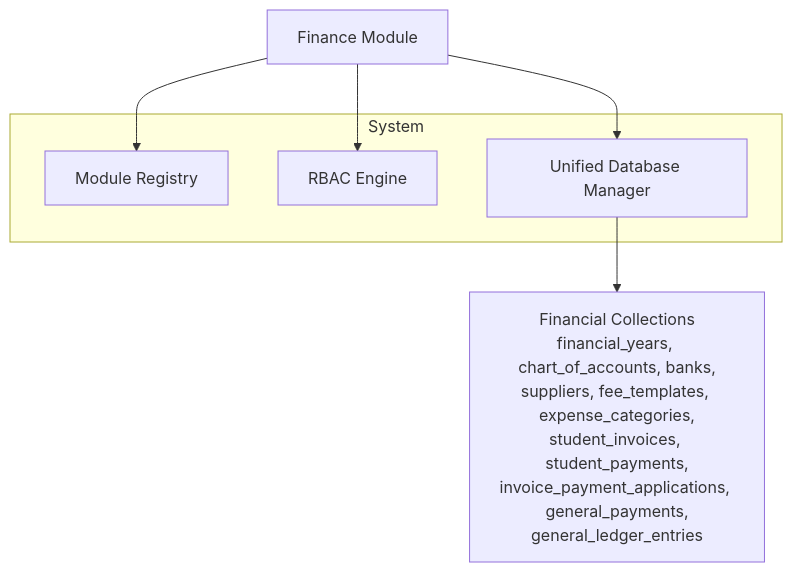
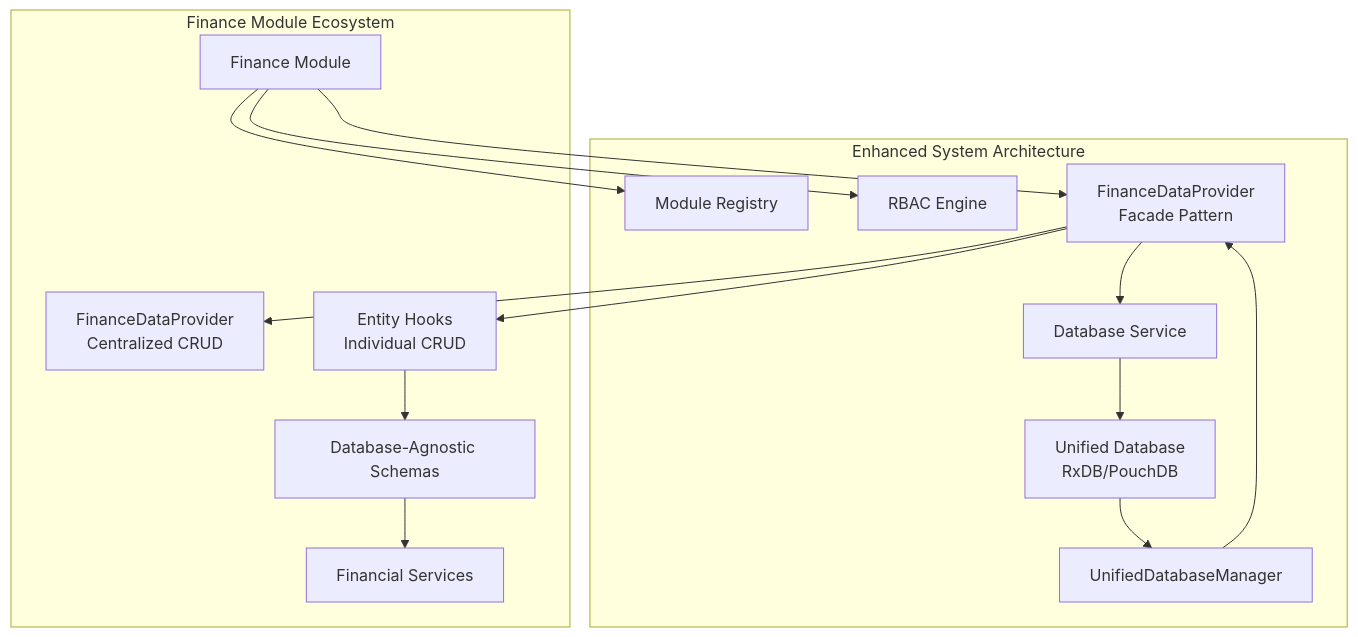
One commit to geniusdynamics/schoolpilot changed the second of 7 diagrams in .qoder/repowiki/en/content/Modules System/Finance Module.md. Above: the diagram before and after it, drawn with Mermaid. The commit also changed other lines of this file and 16 other files, not shown here.

````diff
--- a/.qoder/repowiki/en/content/Modules System/Finance Module.md
+++ b/.qoder/repowiki/en/content/Modules System/Finance Module.md
@@ -83,12 +116,29 @@
 ```mermaid
 graph TB
-subgraph "System"
+subgraph "Enhanced System Architecture"
 M["Module Registry"]
 R["RBAC Engine"]
-D["Unified Database Manager"]
+FDP["FinanceDataProvider<br/>Facade Pattern"]
+DS["Database Service"]
+DB["Unified Database<br/>RxDB/PouchDB"]
+UDM["UnifiedDatabaseManager"]
 end
-F["Finance Module"] --> M
+subgraph "Finance Module Ecosystem"
+F["Finance Module"]
+FP["FinanceDataProvider<br/>Centralized CRUD"]
+EH["Entity Hooks<br/>Individual CRUD"]
+FD["Database-Agnostic Schemas"]
+FS["Financial Services"]
+end
+F --> M
 F --> R
-F --> D
-D --> C["Financial Collections<br/>financial_years, chart_of_accounts, banks,<br/>suppliers, fee_templates, expense_categories,<br/>student_invoices, student_payments,<br/>invoice_payment_applications, general_payments,<br/>general_ledger_entries"]
+F --> FDP
+FDP --> DS
+DS --> DB
+DB --> UDM
+UDM --> FDP
+FDP --> FP
+FDP --> EH
+EH --> FD
+FD --> FS
 ```
````
